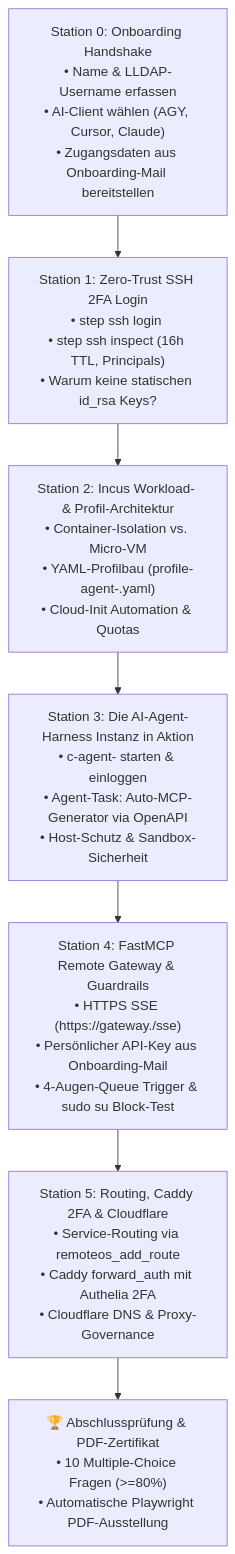
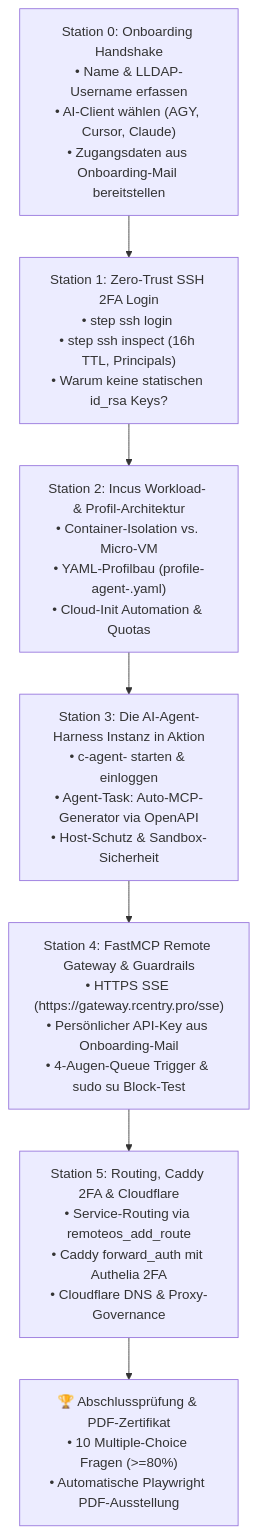
Before and after one commit to hybridlabor-api/bdb-dev-optimized-agent-skills: the diagram in skills/bdbsaastraining/SKILL.md, drawn with Mermaid. The commit also changed other lines of this file and 1 other file, not shown here.

Commit message:
feat(skills): update bdbsaashost with sanitized zero-trust fastmcp and agent-sudo guardrails

````diff
--- a/skills/bdbsaastraining/SKILL.md
+++ b/skills/bdbsaastraining/SKILL.md
@@ -26,18 +26,18 @@
 ```mermaid
 flowchart TD
     S0["Station 0: Onboarding Handshake\n• Name & LLDAP-Username erfassen\n• AI-Client wählen (AGY, Cursor, Claude)\n• Zugangsdaten aus Onboarding-Mail bereitstellen"]
     
     S1["Station 1: Zero-Trust SSH 2FA Login\n• step ssh login <TRAINEE_USER>\n• step ssh inspect (16h TTL, Principals)\n• Warum keine statischen id_rsa Keys?"]
     
     S2["Station 2: Incus Workload- & Profil-Architektur\n• Container-Isolation vs. Micro-VM\n• YAML-Profilbau (profile-agent-<USER>.yaml)\n• Cloud-Init Automation & Quotas"]
     
     S3["Station 3: Die AI-Agent-Harness Instanz in Aktion\n• c-agent-<USER> starten & einloggen\n• Agent-Task: Auto-MCP-Generator via OpenAPI\n• Host-Schutz & Sandbox-Sicherheit"]
     
-    S4["Station 4: FastMCP Remote Gateway & Guardrails\n• HTTPS SSE (https://gateway.<DOMAIN>/sse)\n• Persönlicher API-Key aus Onboarding-Mail\n• 4-Augen-Queue Trigger & sudo su Block-Test"]
+    S4["Station 4: FastMCP Remote Gateway & Guardrails\n• HTTPS SSE (https://gateway.rcentry.pro/sse)\n• Persönlicher API-Key aus Onboarding-Mail\n• 4-Augen-Queue Trigger & sudo su Block-Test"]
     
     S5["Station 5: Routing, Caddy 2FA & Cloudflare\n• Service-Routing via remoteos_add_route\n• Caddy forward_auth mit Authelia 2FA\n• Cloudflare DNS & Proxy-Governance"]
 
     CERT["🏆 Abschlussprüfung & PDF-Zertifikat\n• 10 Multiple-Choice Fragen (>=80%)\n• Automatische Playwright PDF-Ausstellung"]
 
     S0 --> S1 --> S2 --> S3 --> S4 --> S5 --> CERT
 ```
````
